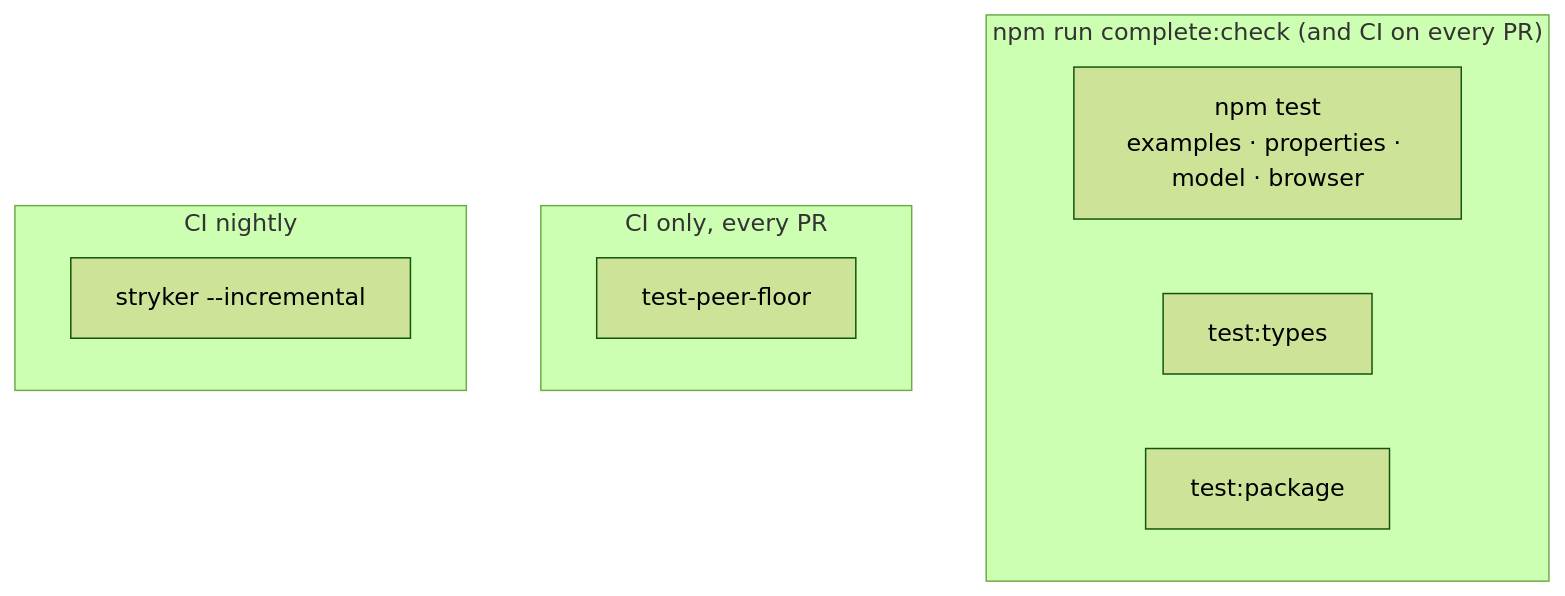
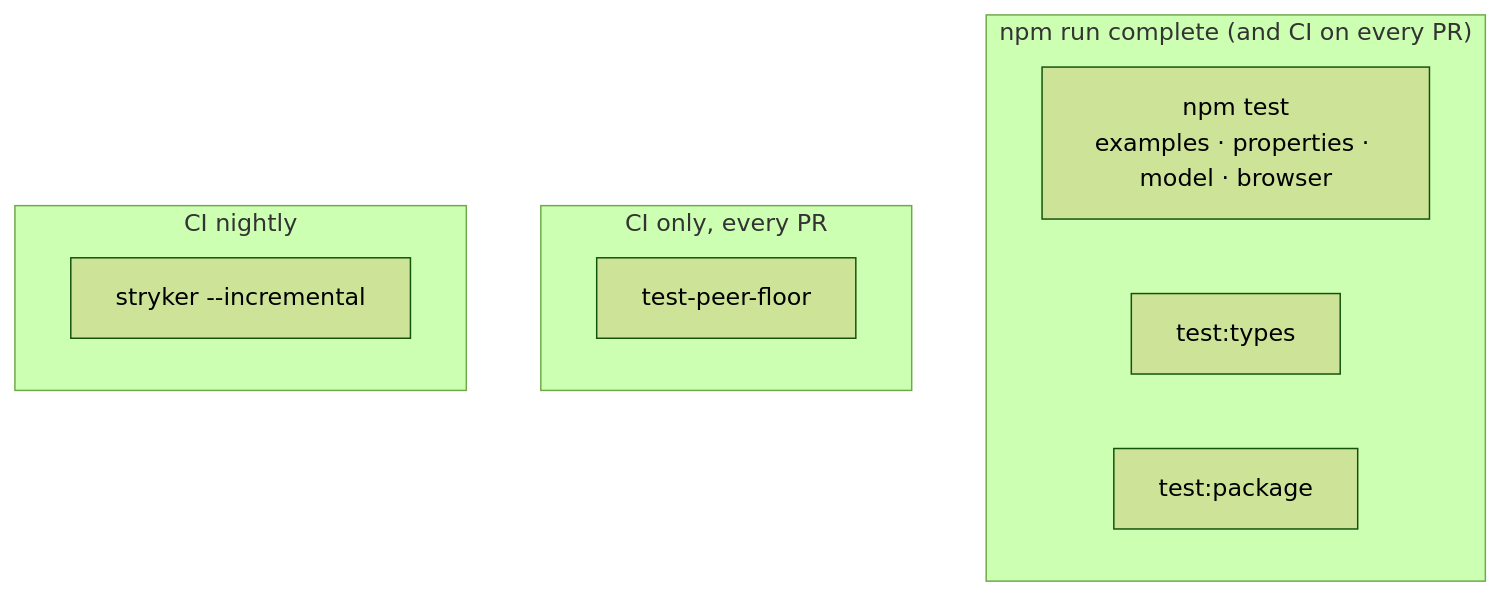
One commit to Guebbit/vue-toolkit changed the diagram in docs/guide/testing.md. Above: the diagram before and after it, drawn with Mermaid (forest theme). The commit also changed other lines of this file and 8 other files, not shown here.

````diff
--- a/docs/guide/testing.md
+++ b/docs/guide/testing.md
@@ -23,14 +23,14 @@
 ```mermaid
 flowchart TB
-    subgraph local["npm run complete:check (and CI on every PR)"]
+    subgraph local["npm run complete (and CI on every PR)"]
         T["npm test<br/>examples · properties · model · browser"]
         TT["test:types"]
         TP["test:package"]
     end
     subgraph pr["CI only, every PR"]
         PF["test-peer-floor"]
     end
     subgraph nightly["CI nightly"]
         M["stryker --incremental"]
     end
 ```
````
